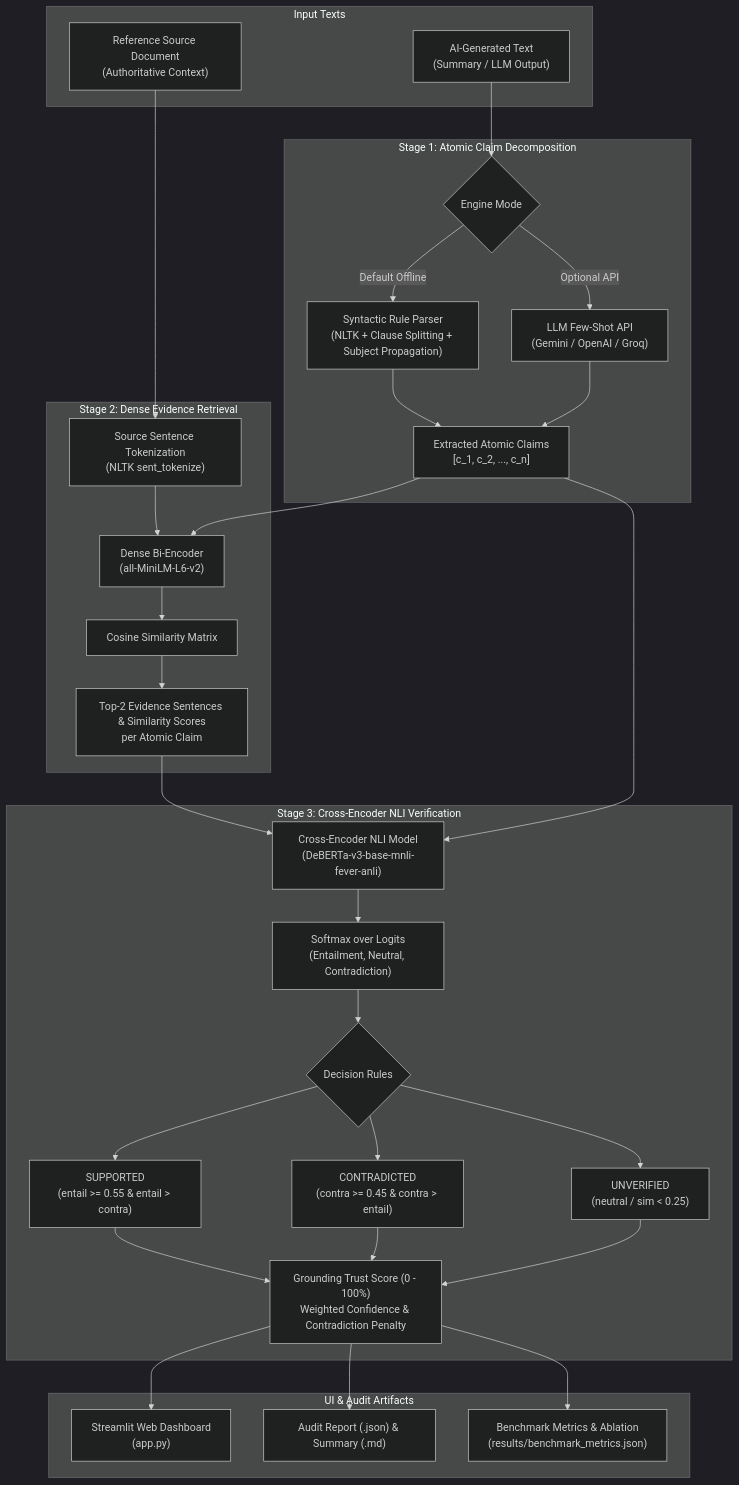
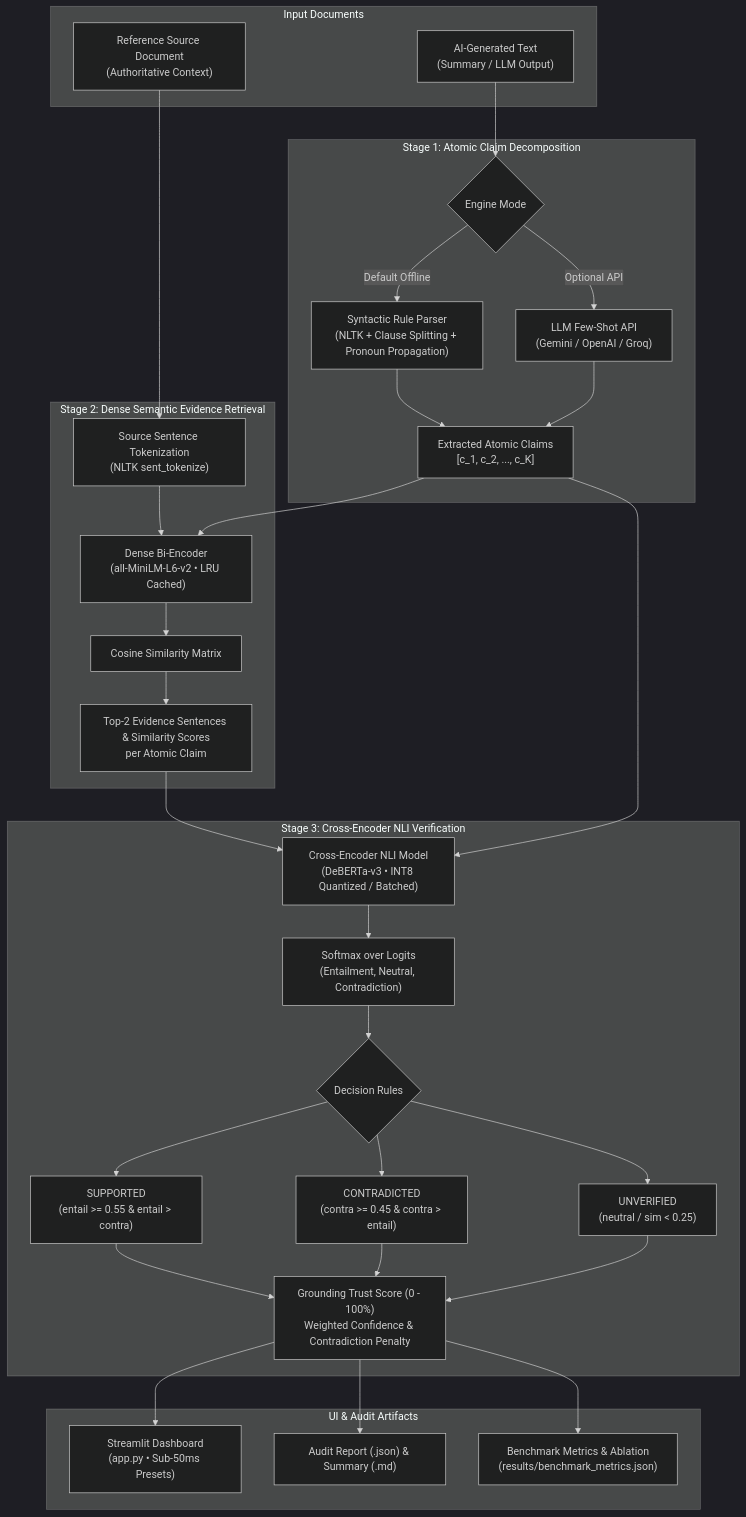
One commit to GouthamReddy18/factlens-hallucination-verifier changed the diagram in README.md. Above: the diagram before and after it, drawn with Mermaid (dark theme). The commit also changed other lines of this file and 6 other files, not shown here.

````diff
--- a/README.md
+++ b/README.md
@@ -30,57 +49,57 @@
 ```mermaid
 flowchart TD
-    subgraph Input ["Input Texts"]
+    subgraph Input ["Input Documents"]
         SRC["Reference Source Document<br/>(Authoritative Context)"]
         GEN["AI-Generated Text<br/>(Summary / LLM Output)"]
     end
 
     subgraph Stage1 ["Stage 1: Atomic Claim Decomposition"]
         D_CHOICE{"Engine Mode"}
-        D_SYN["Syntactic Rule Parser<br/>(NLTK + Clause Splitting + Subject Propagation)"]
+        D_SYN["Syntactic Rule Parser<br/>(NLTK + Clause Splitting + Pronoun Propagation)"]
         D_LLM["LLM Few-Shot API<br/>(Gemini / OpenAI / Groq)"]
-        CLAIMS["Extracted Atomic Claims<br/>[c_1, c_2, ..., c_n]"]
+        CLAIMS["Extracted Atomic Claims<br/>[c_1, c_2, ..., c_K]"]
     end
 
-    subgraph Stage2 ["Stage 2: Dense Evidence Retrieval"]
+    subgraph Stage2 ["Stage 2: Dense Semantic Evidence Retrieval"]
         S_SPLIT["Source Sentence Tokenization<br/>(NLTK sent_tokenize)"]
-        BI_ENC["Dense Bi-Encoder<br/>(all-MiniLM-L6-v2)"]
+        BI_ENC["Dense Bi-Encoder<br/>(all-MiniLM-L6-v2 • LRU Cached)"]
         SIM["Cosine Similarity Matrix"]
         RET_EV["Top-2 Evidence Sentences & Similarity Scores<br/>per Atomic Claim"]
     end
 
     subgraph Stage3 ["Stage 3: Cross-Encoder NLI Verification"]
-        NLI_ENC["Cross-Encoder NLI Model<br/>(DeBERTa-v3-base-mnli-fever-anli)"]
+        NLI_ENC["Cross-Encoder NLI Model<br/>(DeBERTa-v3 • INT8 Quantized / Batched)"]
         LOGITS["Softmax over Logits<br/>(Entailment, Neutral, Contradiction)"]
         RULES{"Decision Rules"}
         V_SUP["SUPPORTED<br/>(entail >= 0.55 & entail > contra)"]
         V_CON["CONTRADICTED<br/>(contra >= 0.45 & contra > entail)"]
         V_UNV["UNVERIFIED<br/>(neutral / sim < 0.25)"]
         SCORE["Grounding Trust Score (0 - 100%)<br/>Weighted Confidence & Contradiction Penalty"]
     end
 
     subgraph Outputs ["UI & Audit Artifacts"]
-        STREAMLIT["Streamlit Web Dashboard<br/>(app.py)"]
+        STREAMLIT["Streamlit Dashboard<br/>(app.py • Sub-50ms Presets)"]
         AUDIT_JSON["Audit Report (.json) & Summary (.md)"]
         BENCH_METRICS["Benchmark Metrics & Ablation<br/>(results/benchmark_metrics.json)"]
     end
 
     SRC --> S_SPLIT --> BI_ENC
     GEN --> D_CHOICE
     D_CHOICE -->|Default Offline| D_SYN --> CLAIMS
     D_CHOICE -->|Optional API| D_LLM --> CLAIMS
 
     CLAIMS --> BI_ENC
     BI_ENC --> SIM --> RET_EV
 
     RET_EV --> NLI_ENC
     CLAIMS --> NLI_ENC
     NLI_ENC --> LOGITS --> RULES
 
     RULES --> V_SUP --> SCORE
     RULES --> V_CON --> SCORE
     RULES --> V_UNV --> SCORE
 
     SCORE --> STREAMLIT
     SCORE --> AUDIT_JSON
     SCORE --> BENCH_METRICS
 ```
````
